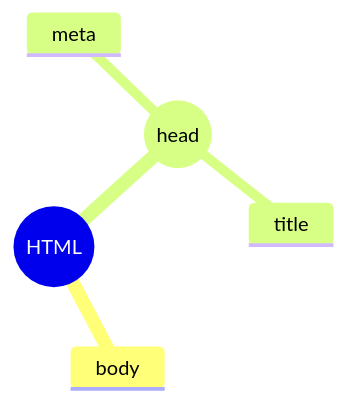
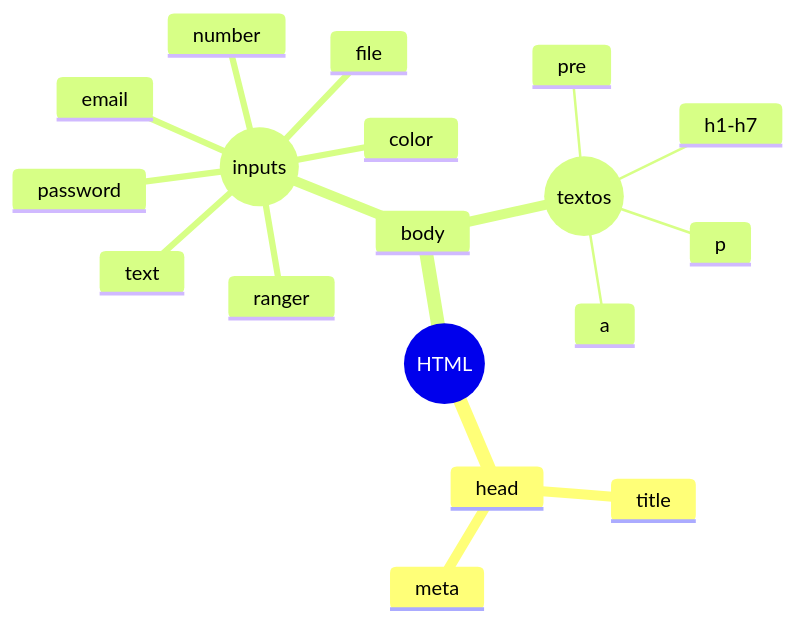
One commit to Arkant04/mindmap changed the diagram in mindmap.md. Above: the diagram before and after it, drawn with Mermaid.

Commit message:
MOD: Se añade una tabla

````diff
--- a/mindmap.md
+++ b/mindmap.md
@@ -1,8 +1,21 @@
 ```mermaid
 mindmap
 root((HTML))
+ head
+    title
+    meta
  body
- ((head))
-   title
-   meta
+   ((textos))
+     h1-h7
+     p
+     pre
+     a
+  ((inputs))
+     text
+     password
+     number
+     ranger
+     email
+     color
+     file
 ```
````
